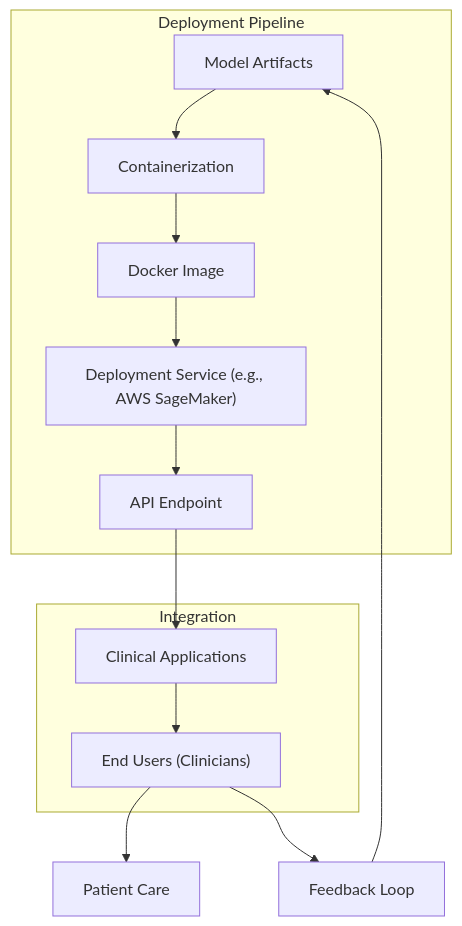
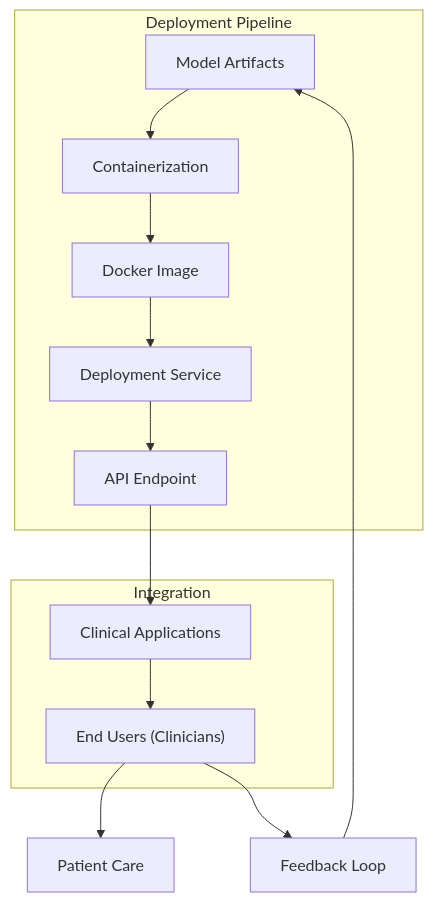
Before and after one commit to aai540-group3/project: the second of 4 diagrams in README.md, drawn with Mermaid.

````diff
--- a/README.md
+++ b/README.md
@@ -373,15 +373,15 @@
   ```mermaid
     flowchart TD
         subgraph "Deployment Pipeline"
             A["Model Artifacts"] --> B["Containerization"]
             B --> C["Docker Image"]
-            C --> D["Deployment Service (e.g., AWS SageMaker)"]
+            C --> D["Deployment Service"]
             D --> E["API Endpoint"]
         end
         subgraph "Integration"
             E --> F["Clinical Applications"]
             F --> G["End Users (Clinicians)"]
         end
         G --> H["Patient Care"]
         G --> I["Feedback Loop"] --> A
   ```
````
